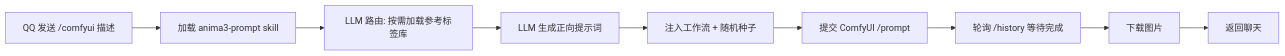
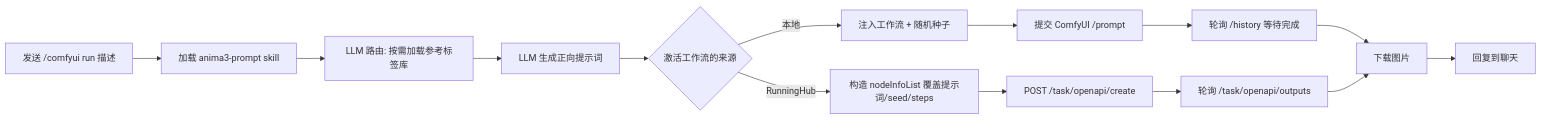
One commit to Left-Leaf/astrbot_plugin_comfyui changed the diagram in README.md. Above: the diagram before and after it, drawn with Mermaid. The commit also changed other lines of this file and 7 other files, not shown here.

First line of the commit message:
feat: add RunningHub cloud backend with unified workflow registry

````diff
--- a/README.md
+++ b/README.md
@@ -7,11 +10,16 @@
 ```mermaid
 flowchart LR
-    A[QQ 发送 /comfyui 描述] --> B[加载 anima3-prompt skill]
+    A[发送 /comfyui run 描述] --> B[加载 anima3-prompt skill]
     B --> C[LLM 路由: 按需加载参考标签库]
     C --> D[LLM 生成正向提示词]
-    D --> E[注入工作流 + 随机种子]
-    E --> F[提交 ComfyUI /prompt]
-    F --> G[轮询 /history 等待完成]
-    G --> H[下载图片]
-    H --> I[返回聊天]
+    D --> R{激活工作流的来源}
+    R -- 本地 --> E1[注入工作流 + 随机种子]
+    E1 --> F1[提交 ComfyUI /prompt]
+    F1 --> G1[轮询 /history 等待完成]
+    R -- RunningHub --> E2[构造 nodeInfoList 覆盖提示词/seed/steps]
+    E2 --> F2[POST /task/openapi/create]
+    F2 --> G2[轮询 /task/openapi/outputs]
+    G1 --> H[下载图片]
+    G2 --> H
+    H --> I[回复到聊天]
 ```
````
